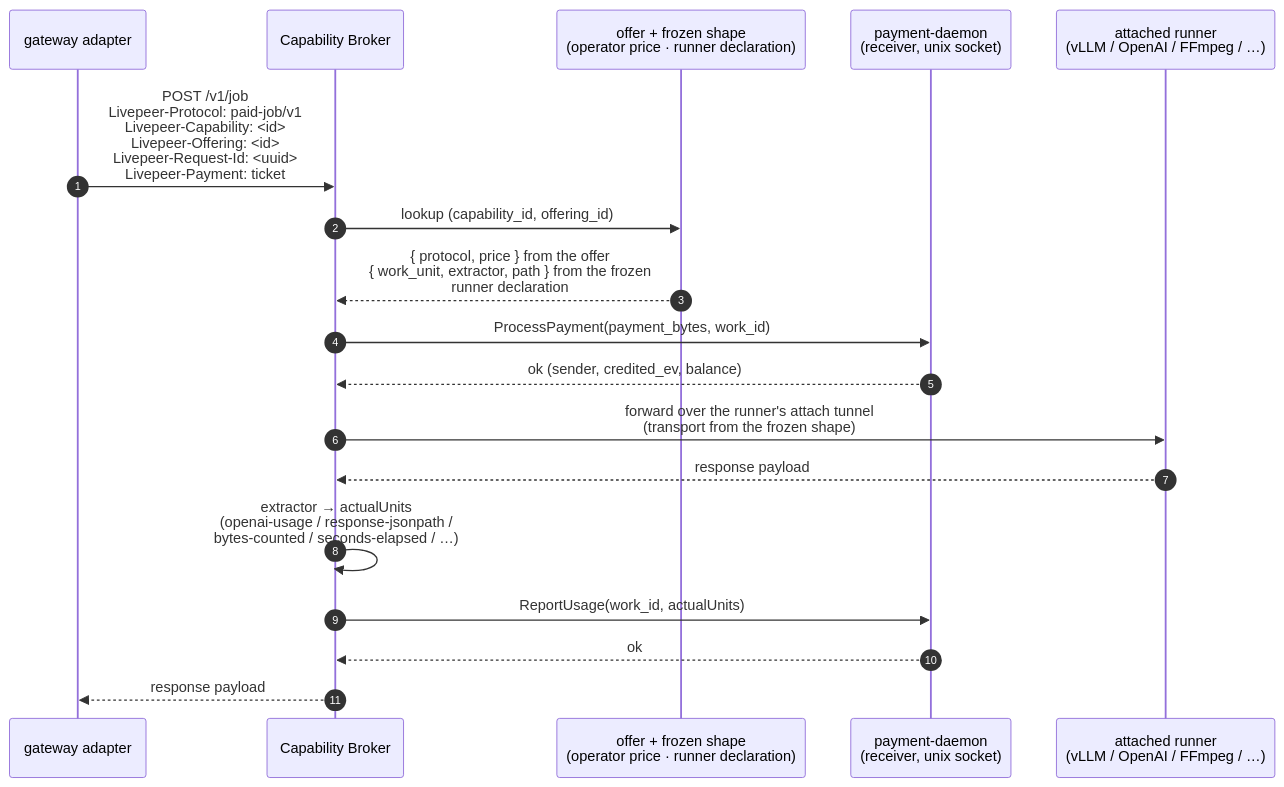
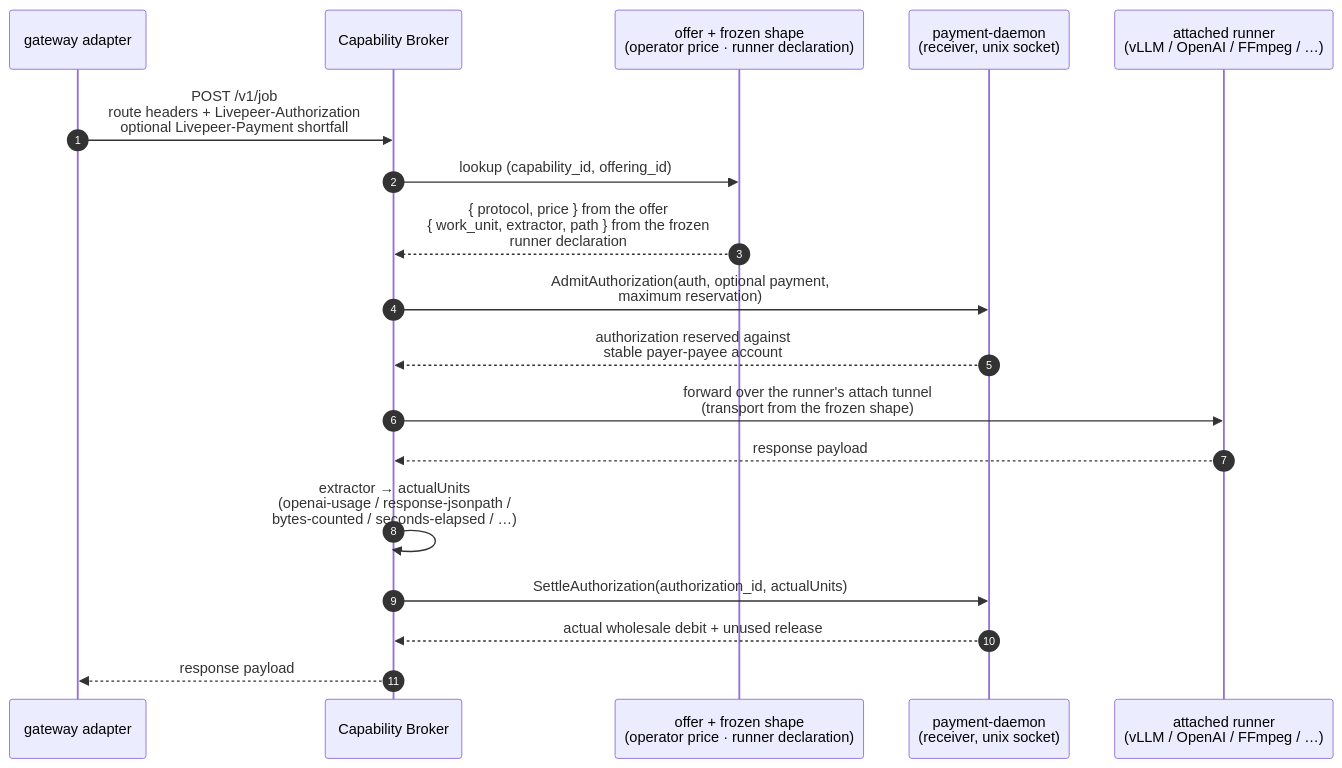
One commit to Cloud-SPE/livepeer-network-modules changed the third of 9 diagrams in docs/design-docs/architecture-overview.md. Above: the diagram before and after it, drawn with Mermaid. The commit also changed other lines of this file and 113 other files, not shown here.

Commit message:
feat: require wholesale spend authorization for paid work

````diff
--- a/docs/design-docs/architecture-overview.md
+++ b/docs/design-docs/architecture-overview.md
@@ -230,23 +230,23 @@
 ```mermaid
 sequenceDiagram
     autonumber
     participant GW as gateway adapter
     participant Broker as Capability Broker
     participant Offer as offer + frozen shape<br/>(operator price · runner declaration)
     participant PD as payment-daemon<br/>(receiver, unix socket)
     participant Runner as attached runner<br/>(vLLM / OpenAI / FFmpeg / …)
 
-    GW->>Broker: POST /v1/job<br/>Livepeer-Protocol: paid-job/v1<br/>Livepeer-Capability: <id><br/>Livepeer-Offering: <id><br/>Livepeer-Request-Id: <uuid><br/>Livepeer-Payment: ticket
+    GW->>Broker: POST /v1/job<br/>route headers + Livepeer-Authorization<br/>optional Livepeer-Payment shortfall
     Broker->>Offer: lookup (capability_id, offering_id)
     Offer-->>Broker: { protocol, price } from the offer<br/>{ work_unit, extractor, path } from the frozen<br/>runner declaration
-    Broker->>PD: ProcessPayment(payment_bytes, work_id)
-    PD-->>Broker: ok (sender, credited_ev, balance)
+    Broker->>PD: AdmitAuthorization(auth, optional payment,<br/>maximum reservation)
+    PD-->>Broker: authorization reserved against<br/>stable payer-payee account
 
     Broker->>Runner: forward over the runner's attach tunnel<br/>(transport from the frozen shape)
     Runner-->>Broker: response payload
 
     Broker->>Broker: extractor → actualUnits<br/>(openai-usage / response-jsonpath /<br/>bytes-counted / seconds-elapsed / …)
-    Broker->>PD: ReportUsage(work_id, actualUnits)
-    PD-->>Broker: ok
+    Broker->>PD: SettleAuthorization(authorization_id, actualUnits)
+    PD-->>Broker: actual wholesale debit + unused release
     Broker-->>GW: response payload
 ```
````
